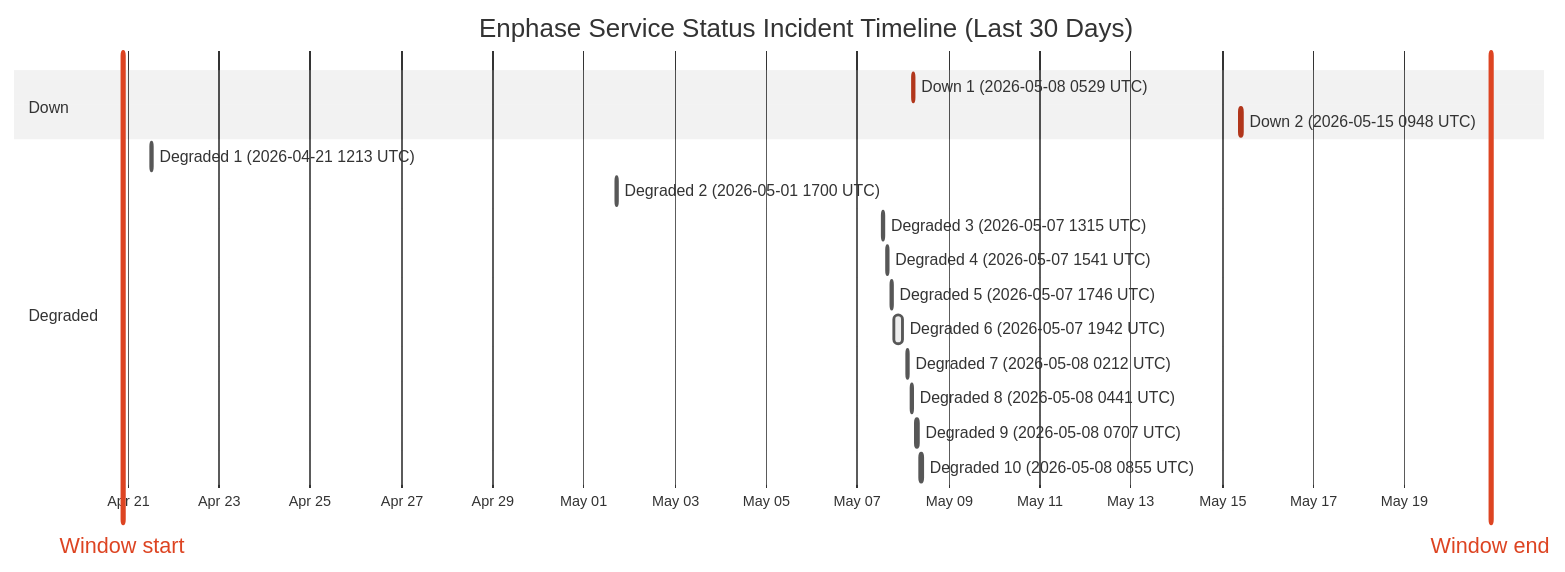
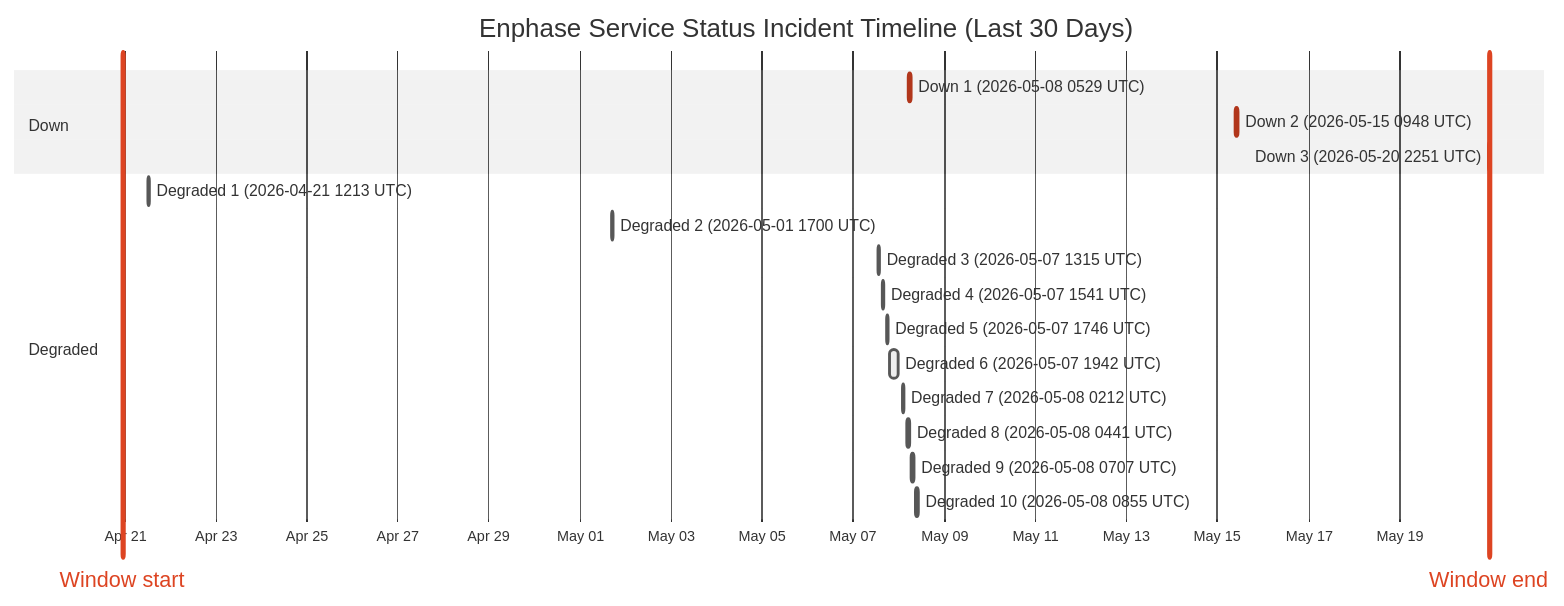
The diagram in wiki/Service-Status-History.md (barneyonline/ha-enphase-ev-charger), drawn with Mermaid (neutral theme) before and after one commit. The commit also changed other lines of this file and 5 other files, not shown here.

````diff
--- a/wiki/Service-Status-History.md
+++ b/wiki/Service-Status-History.md
@@ -14,22 +14,23 @@
 ```mermaid
 gantt
     title Enphase Service Status Incident Timeline (Last 30 Days)
     dateFormat  YYYY-MM-DDTHH:mm:ss
     axisFormat  %b %d
-    Window start :vert, window-start, 2026-04-20T21:18:13, 0ms
-    Window end :vert, window-end, 2026-05-20T21:18:13, 0ms
+    Window start :vert, window-start, 2026-04-20T22:51:14, 0ms
+    Window end :vert, window-end, 2026-05-20T22:51:14, 0ms
     section Down
     Down 1 (2026-05-08 0529 UTC) :crit, down-1, 2026-05-08T05:29:47, 60m
     Down 2 (2026-05-15 0948 UTC) :crit, down-2, 2026-05-15T09:48:18, 60m
+    Down 3 (2026-05-20 2251 UTC) :crit, down-3, 2026-05-20T22:51:14, 60m
     section Degraded
     Degraded 1 (2026-04-21 1213 UTC) :active, degraded-1, 2026-04-21T12:13:11, 60m
     Degraded 2 (2026-05-01 1700 UTC) :active, degraded-2, 2026-05-01T17:00:22, 60m
     Degraded 3 (2026-05-07 1315 UTC) :active, degraded-3, 2026-05-07T13:15:25, 60m
     Degraded 4 (2026-05-07 1541 UTC) :active, degraded-4, 2026-05-07T15:41:58, 60m
     Degraded 5 (2026-05-07 1746 UTC) :active, degraded-5, 2026-05-07T17:46:51, 60m
     Degraded 6 (2026-05-07 1942 UTC) :active, degraded-6, 2026-05-07T19:42:10, 249m
     Degraded 7 (2026-05-08 0212 UTC) :active, degraded-7, 2026-05-08T02:12:39, 60m
     Degraded 8 (2026-05-08 0441 UTC) :active, degraded-8, 2026-05-08T04:41:46, 60m
     Degraded 9 (2026-05-08 0707 UTC) :active, degraded-9, 2026-05-08T07:07:30, 60m
     Degraded 10 (2026-05-08 0855 UTC) :active, degraded-10, 2026-05-08T08:55:20, 88m
 ```
````
